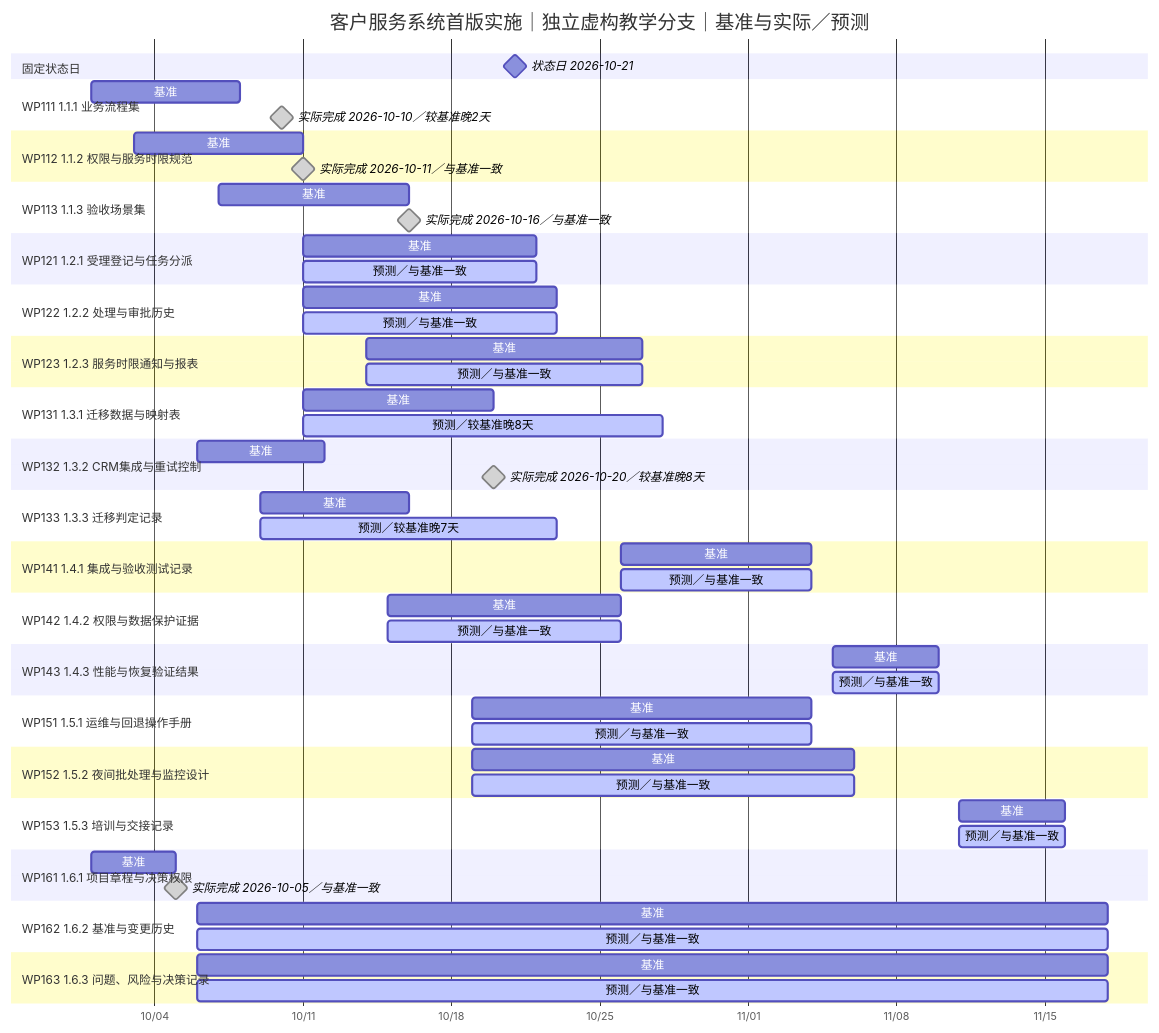
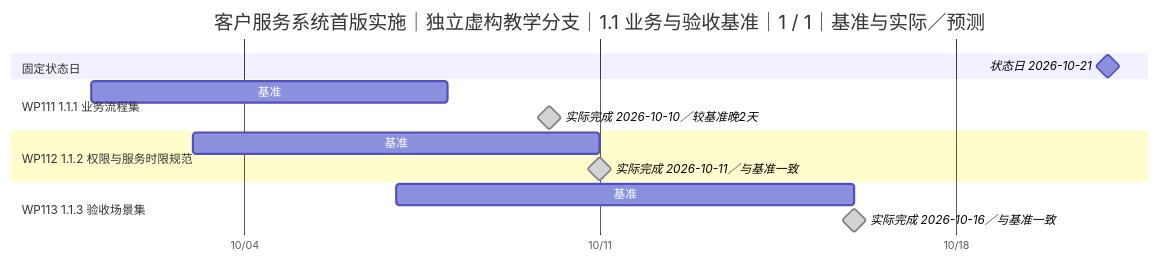
Before and after one commit to dfzzq719/kobo-diagrams: the diagram in docs/assets/pm-update-zh-CN/final/sources/schedule.mmd, drawn with Mermaid. The commit also changed 242 other files, not shown here.

Commit message:
fix: make PM diagrams scalable and diagnose render failures

```diff
--- a/docs/assets/pm-update-zh-CN/final/sources/schedule.mmd
+++ b/docs/assets/pm-update-zh-CN/final/sources/schedule.mmd
@@ -1,63 +1,18 @@
 gantt
-  title 客户服务系统首版实施｜独立虚构教学分支｜基准与实际／预测
+  title 客户服务系统首版实施｜独立虚构教学分支｜1.1 业务与验收基准｜1 / 1｜基准与实际／预测
   dateFormat YYYY-MM-DD
   axisFormat %m/%d
   tickInterval 1week
   todayMarker off
-  %% taskobo-gantt-status {"schema":"taskobo.gantt-status/v1","calendar":"calendar-days","asOf":"2026-10-21","statusMarker":"status_date","items":[{"baseline":"b0","current":"c0","baselineEnd":"2026-10-08","finish":"2026-10-10","stage":"done"},{"baseline":"b1","current":"c1","baselineEnd":"2026-10-11","finish":"2026-10-11","stage":"done"},{"baseline":"b2","current":"c2","baselineEnd":"2026-10-16","finish":"2026-10-16","stage":"done"},{"baseline":"b3","current":"c3","baselineEnd":"2026-10-22","finish":"2026-10-22","stage":"forecast"},{"baseline":"b4","current":"c4","baselineEnd":"2026-10-23","finish":"2026-10-23","stage":"forecast"},{"baseline":"b5","current":"c5","baselineEnd":"2026-10-27","finish":"2026-10-27","stage":"forecast"},{"baseline":"b6","current":"c6","baselineEnd":"2026-10-20","finish":"2026-10-28","stage":"forecast"},{"baseline":"b7","current":"c7","baselineEnd":"2026-10-12","finish":"2026-10-20","stage":"done"},{"baseline":"b8","current":"c8","baselineEnd":"2026-10-16","finish":"2026-10-23","stage":"forecast"},{"baseline":"b9","current":"c9","baselineEnd":"2026-11-04","finish":"2026-11-04","stage":"forecast"},{"baseline":"b10","current":"c10","baselineEnd":"2026-10-26","finish":"2026-10-26","stage":"forecast"},{"baseline":"b11","current":"c11","baselineEnd":"2026-11-10","finish":"2026-11-10","stage":"forecast"},{"baseline":"b12","current":"c12","baselineEnd":"2026-11-04","finish":"2026-11-04","stage":"forecast"},{"baseline":"b13","current":"c13","baselineEnd":"2026-11-06","finish":"2026-11-06","stage":"forecast"},{"baseline":"b14","current":"c14","baselineEnd":"2026-11-16","finish":"2026-11-16","stage":"forecast"},{"baseline":"b15","current":"c15","baselineEnd":"2026-10-05","finish":"2026-10-05","stage":"done"},{"baseline":"b16","current":"c16","baselineEnd":"2026-11-18","finish":"2026-11-18","stage":"forecast"},{"baseline":"b17","current":"c17","baselineEnd":"2026-11-18","finish":"2026-11-18","stage":"forecast"}],"plannedTasks":[]}
+  %% taskobo-gantt-status {"schema":"taskobo.gantt-status/v1","calendar":"calendar-days","asOf":"2026-10-21","statusMarker":"status_date","items":[{"baseline":"b0","current":"c0","baselineEnd":"2026-10-08","finish":"2026-10-10","stage":"done"},{"baseline":"b1","current":"c1","baselineEnd":"2026-10-11","finish":"2026-10-11","stage":"done"},{"baseline":"b2","current":"c2","baselineEnd":"2026-10-16","finish":"2026-10-16","stage":"done"}],"plannedTasks":[]}
   section 固定状态日
   状态日 2026-10-21 :milestone, status_date, 2026-10-21, 0d
   section WP111 1.1.1 业务流程集
   基准 :b0, 2026-10-01, 2026-10-08
   实际完成 2026-10-10／较基准晚2天 :done, milestone, c0, 2026-10-10, 2026-10-10
   section WP112 1.1.2 权限与服务时限规范
   基准 :b1, 2026-10-03, 2026-10-11
   实际完成 2026-10-11／与基准一致 :done, milestone, c1, 2026-10-11, 2026-10-11
   section WP113 1.1.3 验收场景集
   基准 :b2, 2026-10-07, 2026-10-16
   实际完成 2026-10-16／与基准一致 :done, milestone, c2, 2026-10-16, 2026-10-16
-  section WP121 1.2.1 受理登记与任务分派
-  基准 :b3, 2026-10-11, 2026-10-22
-  预测／与基准一致 :active, c3, 2026-10-11, 2026-10-22
-  section WP122 1.2.2 处理与审批历史
-  基准 :b4, 2026-10-11, 2026-10-23
-  预测／与基准一致 :active, c4, 2026-10-11, 2026-10-23
-  section WP123 1.2.3 服务时限通知与报表
-  基准 :b5, 2026-10-14, 2026-10-27
-  预测／与基准一致 :active, c5, 2026-10-14, 2026-10-27
-  section WP131 1.3.1 迁移数据与映射表
-  基准 :b6, 2026-10-11, 2026-10-20
-  预测／较基准晚8天 :active, c6, 2026-10-11, 2026-10-28
-  section WP132 1.3.2 CRM集成与重试控制
-  基准 :b7, 2026-10-06, 2026-10-12
-  实际完成 2026-10-20／较基准晚8天 :done, milestone, c7, 2026-10-20, 2026-10-20
-  section WP133 1.3.3 迁移判定记录
-  基准 :b8, 2026-10-09, 2026-10-16
-  预测／较基准晚7天 :active, c8, 2026-10-09, 2026-10-23
-  section WP141 1.4.1 集成与验收测试记录
-  基准 :b9, 2026-10-26, 2026-11-04
-  预测／与基准一致 :active, c9, 2026-10-26, 2026-11-04
-  section WP142 1.4.2 权限与数据保护证据
-  基准 :b10, 2026-10-15, 2026-10-26
-  预测／与基准一致 :active, c10, 2026-10-15, 2026-10-26
-  section WP143 1.4.3 性能与恢复验证结果
-  基准 :b11, 2026-11-05, 2026-11-10
-  预测／与基准一致 :active, c11, 2026-11-05, 2026-11-10
-  section WP151 1.5.1 运维与回退操作手册
-  基准 :b12, 2026-10-19, 2026-11-04
-  预测／与基准一致 :active, c12, 2026-10-19, 2026-11-04
-  section WP152 1.5.2 夜间批处理与监控设计
-  基准 :b13, 2026-10-19, 2026-11-06
-  预测／与基准一致 :active, c13, 2026-10-19, 2026-11-06
-  section WP153 1.5.3 培训与交接记录
-  基准 :b14, 2026-11-11, 2026-11-16
-  预测／与基准一致 :active, c14, 2026-11-11, 2026-11-16
-  section WP161 1.6.1 项目章程与决策权限
-  基准 :b15, 2026-10-01, 2026-10-05
-  实际完成 2026-10-05／与基准一致 :done, milestone, c15, 2026-10-05, 2026-10-05
-  section WP162 1.6.2 基准与变更历史
-  基准 :b16, 2026-10-06, 2026-11-18
-  预测／与基准一致 :active, c16, 2026-10-06, 2026-11-18
-  section WP163 1.6.3 问题、风险与决策记录
-  基准 :b17, 2026-10-06, 2026-11-18
-  预测／与基准一致 :active, c17, 2026-10-06, 2026-11-18
```
